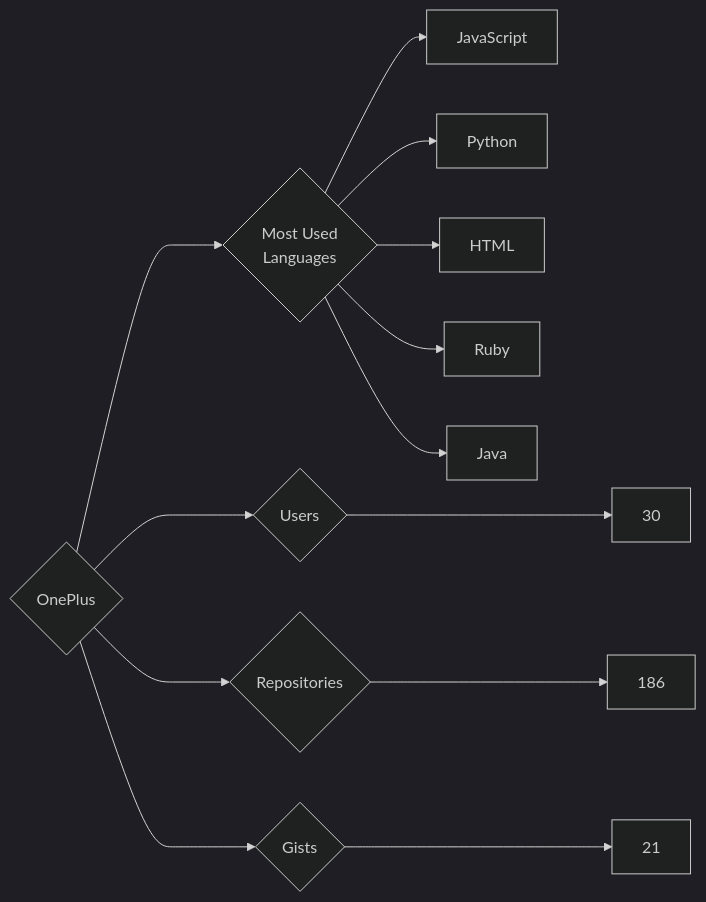
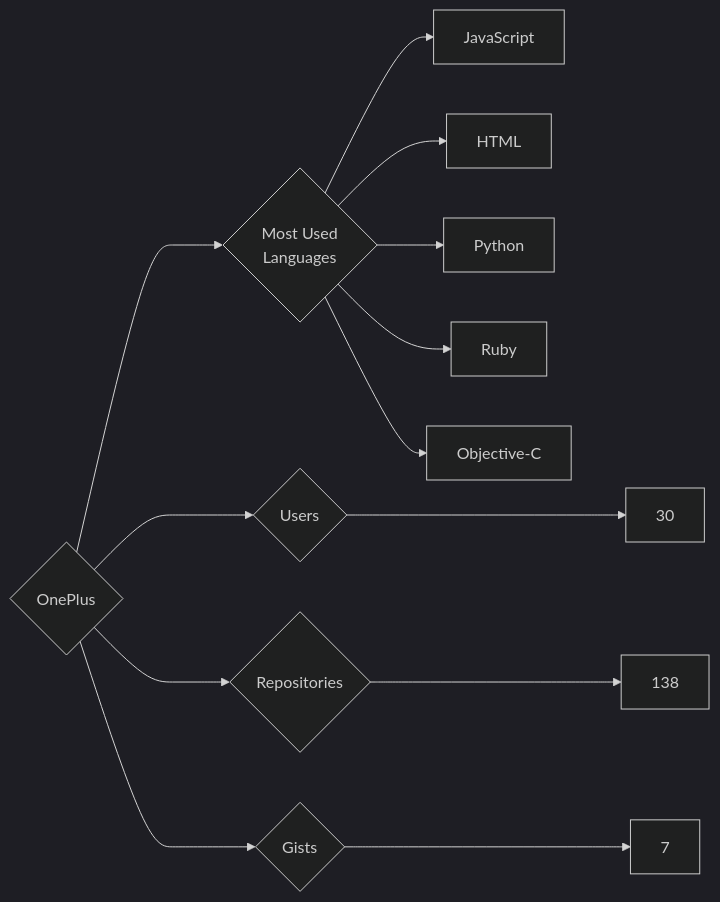
Before and after one commit to trickest/insiders: the diagram in targets/OnePlus/README.md, drawn with Mermaid (dark theme). The commit also changed 794 other files, not shown here.

````diff
--- a/targets/OnePlus/README.md
+++ b/targets/OnePlus/README.md
@@ -3,13 +3,13 @@
 ```mermaid
 graph LR
 COMPANY_NAME{OnePlus}
 COMPANY_NAME ---> U{Users} ---> UN[30]
-COMPANY_NAME ---> R{Repositories} ---> RN[186]
-COMPANY_NAME ---> G{Gists} ---> GN[21]
+COMPANY_NAME ---> R{Repositories} ---> RN[138]
+COMPANY_NAME ---> G{Gists} ---> GN[7]
 COMPANY_NAME ---> ML{Most Used<br>Languages}
 ML --> JavaScript[JavaScript]
+ML --> HTML[HTML]
 ML --> Python[Python]
-ML --> HTML[HTML]
 ML --> Ruby[Ruby]
-ML --> Java[Java]
+ML --> Objective-C[Objective-C]
 ```
````
